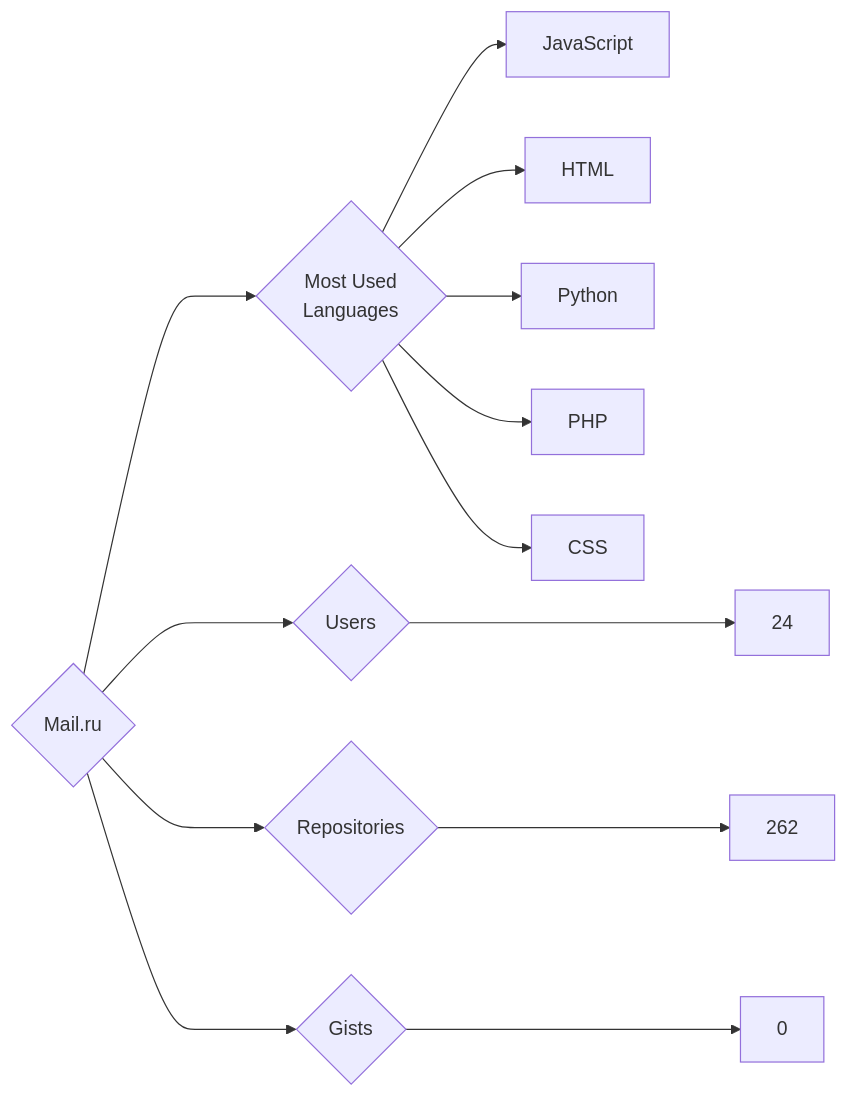
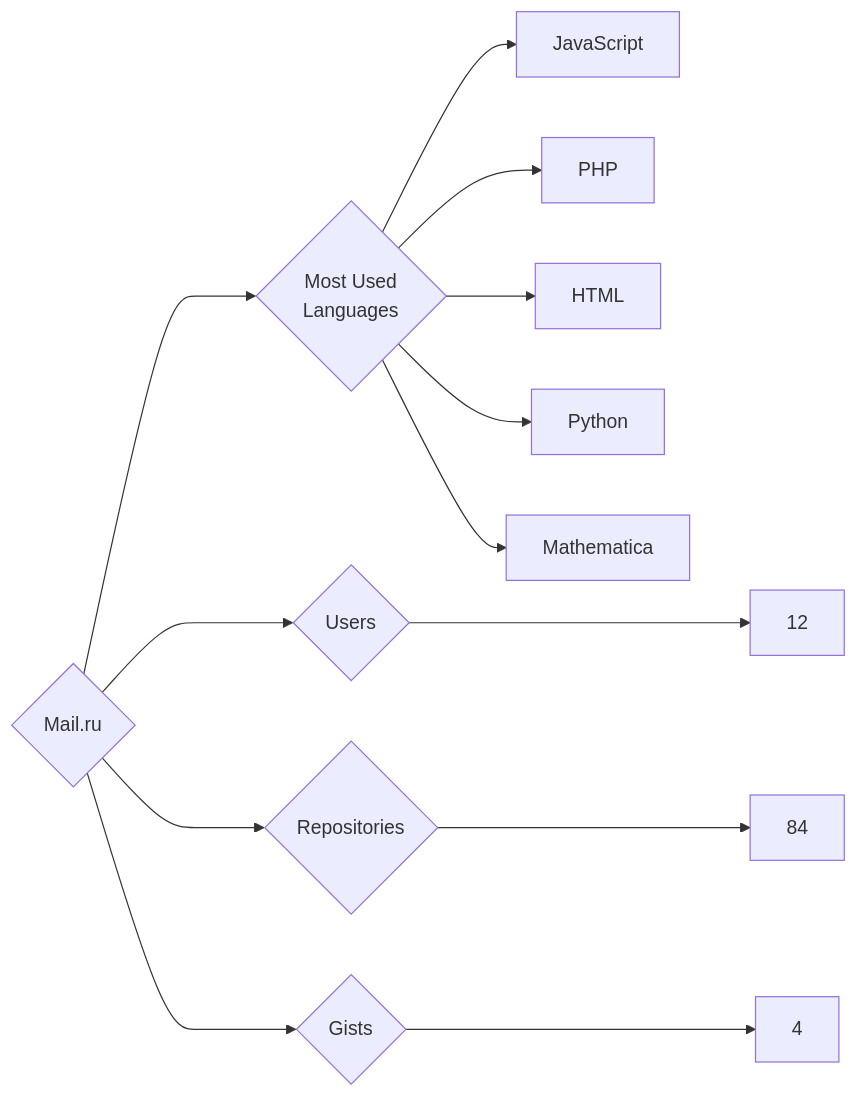
One commit to trickest/insiders changed the diagram in targets/Mail.ru/README.md. Above: the diagram before and after it, drawn with Mermaid. The commit also changed 872 other files, not shown here.

````diff
--- a/targets/Mail.ru/README.md
+++ b/targets/Mail.ru/README.md
@@ -3,13 +3,13 @@
 ```mermaid
 graph LR
 COMPANY_NAME{Mail.ru}
-COMPANY_NAME ---> U{Users} ---> UN[24]
-COMPANY_NAME ---> R{Repositories} ---> RN[262]
-COMPANY_NAME ---> G{Gists} ---> GN[0]
+COMPANY_NAME ---> U{Users} ---> UN[12]
+COMPANY_NAME ---> R{Repositories} ---> RN[84]
+COMPANY_NAME ---> G{Gists} ---> GN[4]
 COMPANY_NAME ---> ML{Most Used<br>Languages}
 ML --> JavaScript[JavaScript]
+ML --> PHP[PHP]
 ML --> HTML[HTML]
 ML --> Python[Python]
-ML --> PHP[PHP]
-ML --> CSS[CSS]
+ML --> Mathematica[Mathematica]
 ```
````
